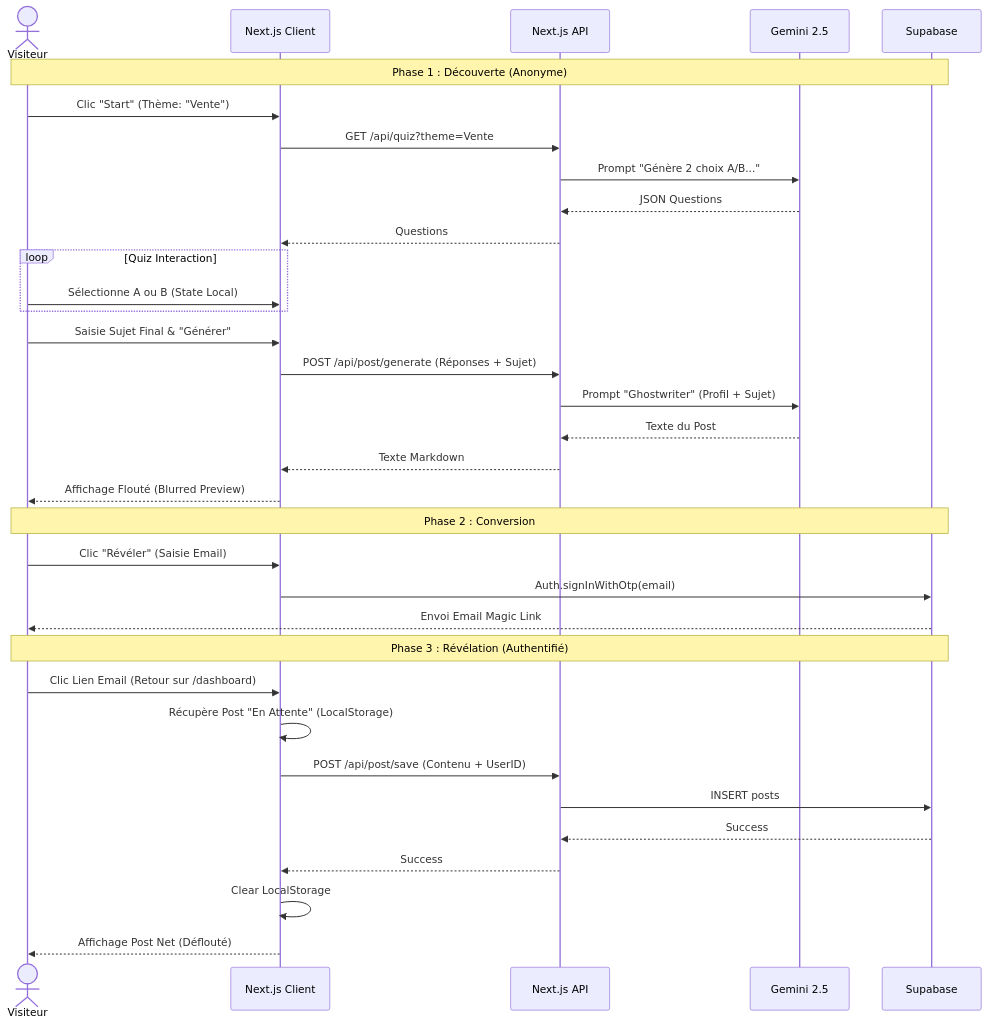
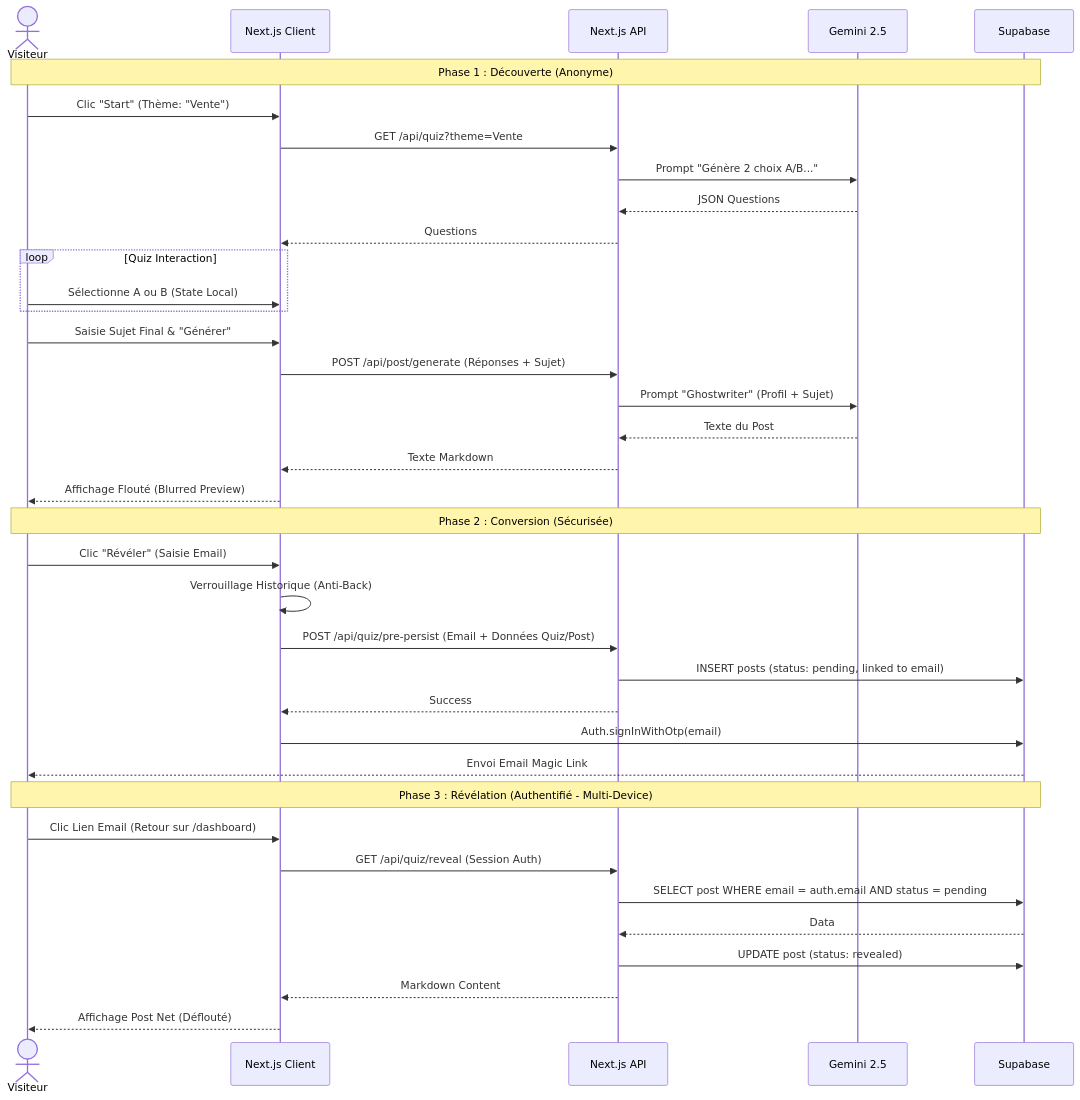
One commit to floriantriclin/postry-ai-v5 changed the first of 2 diagrams in docs/architecture/07-flux-de-travail-principaux.md. Above: the diagram before and after it, drawn with Mermaid. The commit also changed 7 other files, not shown here.

Commit message:
Docs: Draft and PO approved story 2.4 Reveal Flow spec.

````diff
--- a/docs/architecture/07-flux-de-travail-principaux.md
+++ b/docs/architecture/07-flux-de-travail-principaux.md
@@ -7,41 +7,44 @@
 ```mermaid
 sequenceDiagram
     actor User as Visiteur
     participant Client as Next.js Client
     participant API as Next.js API
     participant LLM as Gemini 2.5
     participant DB as Supabase
 
     Note over User, DB: Phase 1 : Découverte (Anonyme)
     User->>Client: Clic "Start" (Thème: "Vente")
     Client->>API: GET /api/quiz?theme=Vente
     API->>LLM: Prompt "Génère 2 choix A/B..."
     LLM-->>API: JSON Questions
     API-->>Client: Questions
     
     loop Quiz Interaction
         User->>Client: Sélectionne A ou B (State Local)
     end
     
     User->>Client: Saisie Sujet Final & "Générer"
     Client->>API: POST /api/post/generate (Réponses + Sujet)
     API->>LLM: Prompt "Ghostwriter" (Profil + Sujet)
     LLM-->>API: Texte du Post
     API-->>Client: Texte Markdown
     Client-->>User: Affichage Flouté (Blurred Preview)
 
-    Note over User, DB: Phase 2 : Conversion
+    Note over User, DB: Phase 2 : Conversion (Sécurisée)
     User->>Client: Clic "Révéler" (Saisie Email)
+    Client->>Client: Verrouillage Historique (Anti-Back)
+    Client->>API: POST /api/quiz/pre-persist (Email + Données Quiz/Post)
+    API->>DB: INSERT posts (status: pending, linked to email)
+    API-->>Client: Success
     Client->>DB: Auth.signInWithOtp(email)
     DB-->>User: Envoi Email Magic Link
     
-    Note over User, DB: Phase 3 : Révélation (Authentifié)
+    Note over User, DB: Phase 3 : Révélation (Authentifié - Multi-Device)
     User->>Client: Clic Lien Email (Retour sur /dashboard)
-    Client->>Client: Récupère Post "En Attente" (LocalStorage)
-    Client->>API: POST /api/post/save (Contenu + UserID)
-    API->>DB: INSERT posts
-    DB-->>API: Success
-    API-->>Client: Success
-    Client->>Client: Clear LocalStorage
+    Client->>API: GET /api/quiz/reveal (Session Auth)
+    API->>DB: SELECT post WHERE email = auth.email AND status = pending
+    DB-->>API: Data
+    API->>DB: UPDATE post (status: revealed)
+    API-->>Client: Markdown Content
     Client-->>User: Affichage Post Net (Déflouté)
 ```
````
